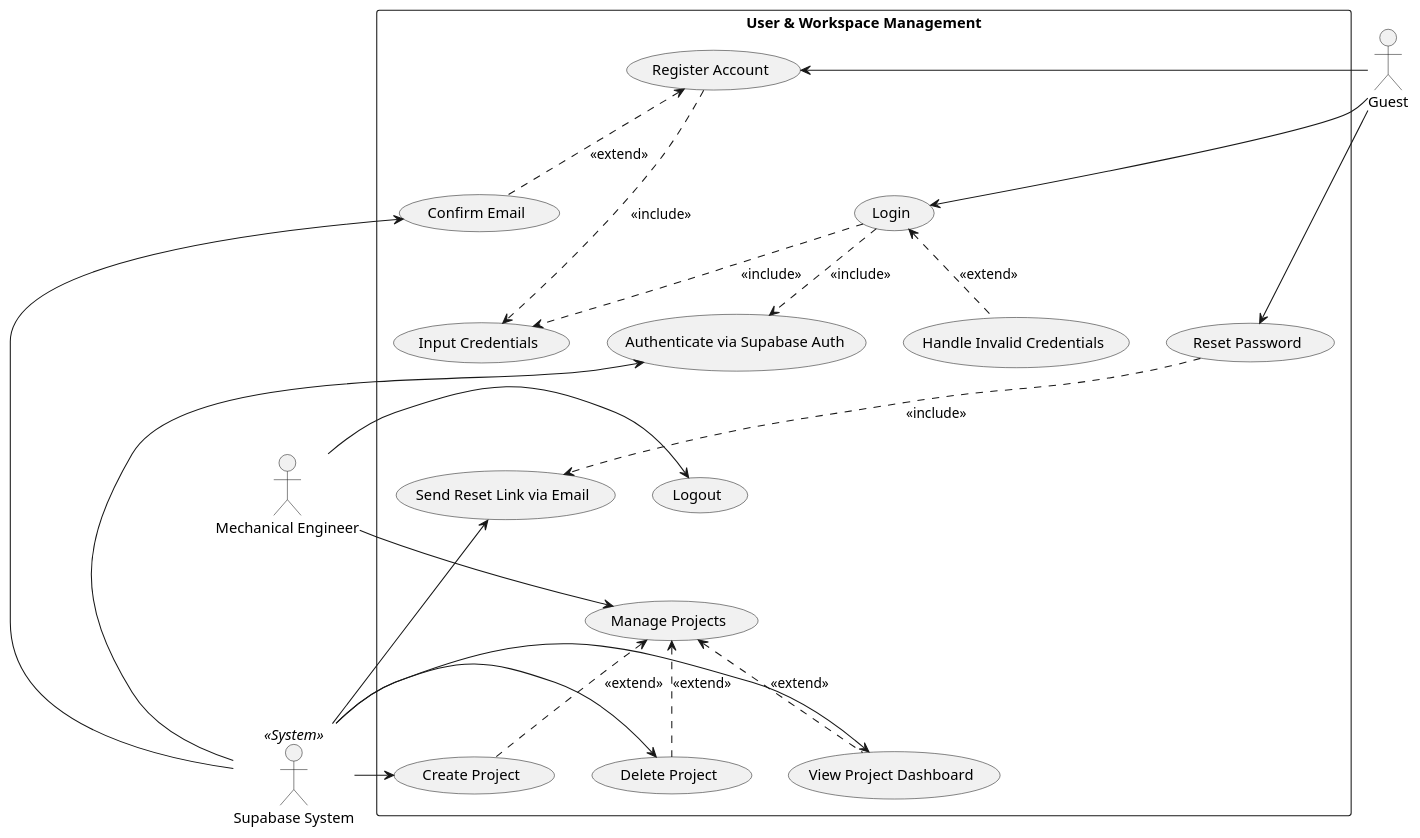
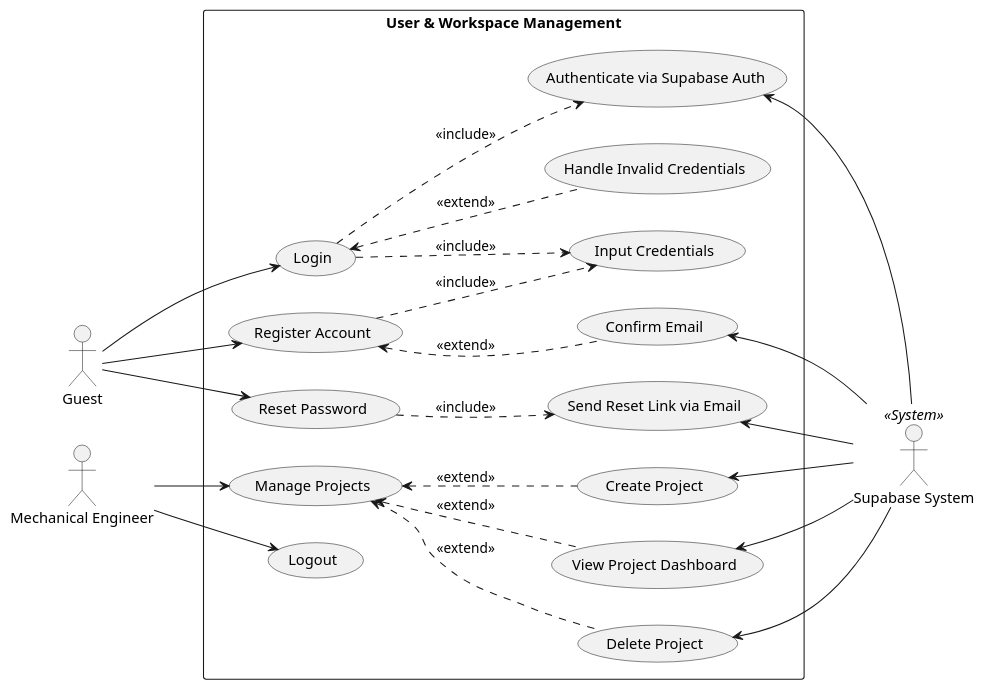
One commit to dvydinh/mechdrive changed the diagram in docs/uml/uc_user.puml. Above: the diagram before and after it, drawn with PlantUML. The commit also changed 7 other files, not shown here.

```diff
--- a/docs/uml/uc_user.puml
+++ b/docs/uml/uc_user.puml
@@ -1,62 +1,57 @@
 @startuml
+left to right direction
 skinparam packageStyle rectangle
 
-actor "Guest" as guest
-actor "Mechanical Engineer" as eng
+together {
+  actor "Guest" as guest
+  actor "Mechanical Engineer" as eng
+}
+
 actor "Supabase System" as supa << System >>
 
-guest -[hidden]right-> supa
-eng -[hidden]right-> supa
-
 package "User & Workspace Management" {
-  usecase "Register Account" as UC1
+  together {
+    usecase "Register Account" as UC1
+    usecase "Login" as UC2
+    usecase "Reset Password" as UC3
+    usecase "Logout" as UC6
+    usecase "Manage Projects" as UC4
+  }
+  
   usecase "Input Credentials" as UC1_1
   usecase "Confirm Email" as UC1_3
-  
-  usecase "Login" as UC2
   usecase "Authenticate via Supabase Auth" as UC2_1
   usecase "Handle Invalid Credentials" as UC2_2
-  
-  usecase "Reset Password" as UC3
   usecase "Send Reset Link via Email" as UC3_1
-  
-  usecase "Logout" as UC6
-  
-  usecase "Manage Projects" as UC4
   usecase "Create Project" as UC4_1
   usecase "Delete Project" as UC4_3
   usecase "View Project Dashboard" as UC4_4
 }
 
-UC1 -[hidden]down-> UC2
-UC2 -[hidden]down-> UC3
-UC3 -[hidden]down-> UC6
-UC6 -[hidden]down-> UC4
+guest --> UC1
+UC1 ..> UC1_1 : <<include>>
+UC1 <.. UC1_3 : <<extend>>
 
-guest -right-> UC1
-UC1 .down.> UC1_1 : <<include>>
-UC1 <.down. UC1_3 : <<extend>>
+guest --> UC2
+UC2 ..> UC1_1 : <<include>>
+UC2 ..> UC2_1 : <<include>>
+UC2 <.. UC2_2 : <<extend>>
 
-guest -right-> UC2
-UC2 .down.> UC1_1 : <<include>>
-UC2 .down.> UC2_1 : <<include>>
-UC2 <.down. UC2_2 : <<extend>>
+guest --> UC3
+UC3 ..> UC3_1 : <<include>>
 
-guest -right-> UC3
-UC3 .down.> UC3_1 : <<include>>
+eng --> UC6
 
-eng -right-> UC6
+eng --> UC4
+UC4 <.. UC4_1 : <<extend>>
+UC4 <.. UC4_3 : <<extend>>
+UC4 <.. UC4_4 : <<extend>>
 
-eng -right-> UC4
-UC4 <.down. UC4_1 : <<extend>>
-UC4 <.down. UC4_3 : <<extend>>
-UC4 <.down. UC4_4 : <<extend>>
-
-supa -left-> UC1_3
-supa -left-> UC2_1
-supa -left-> UC3_1
-supa -left-> UC4_1
-supa -left-> UC4_3
-supa -left-> UC4_4
+UC1_3 <-- supa
+UC2_1 <-- supa
+UC3_1 <-- supa
+UC4_1 <-- supa
+UC4_3 <-- supa
+UC4_4 <-- supa
 
 @enduml
```
